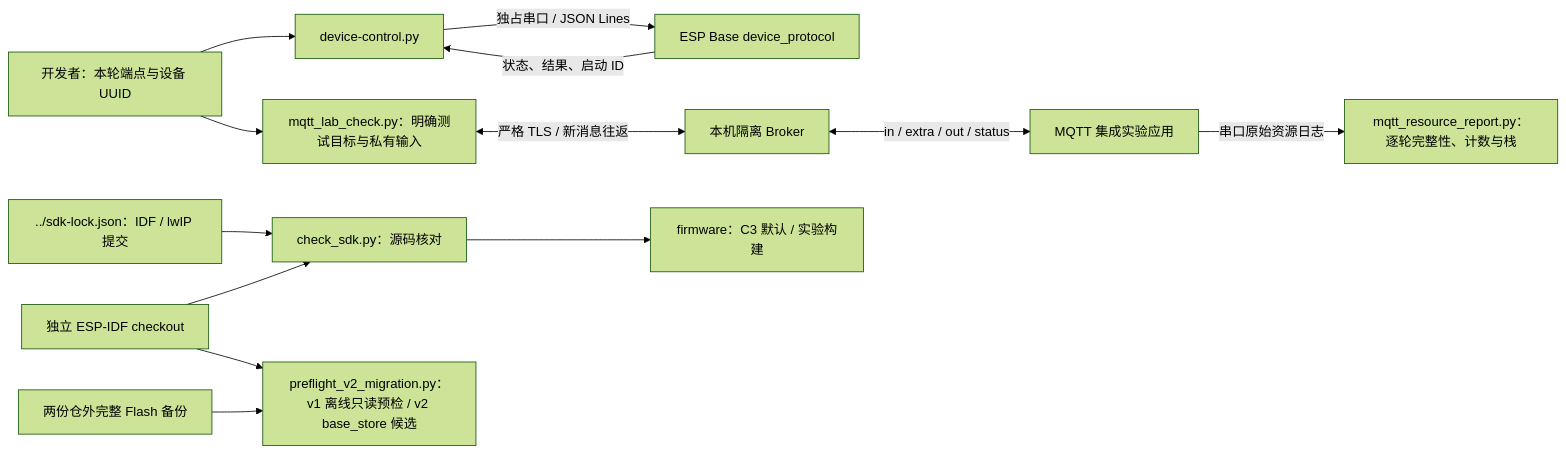
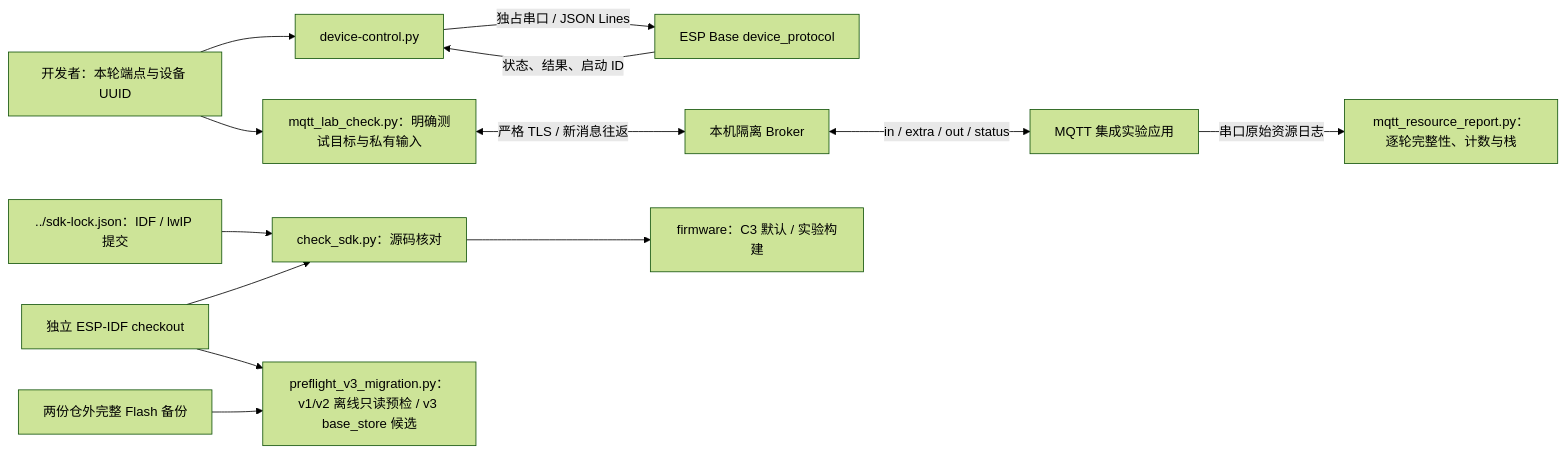
The diagram in tools/README.md (darren-you/esp-base), drawn with Mermaid (forest theme) before and after one commit. The commit also changed other lines of this file and 31 other files, not shown here.

````diff
--- a/tools/README.md
+++ b/tools/README.md
@@ -7,15 +7,15 @@
 ```mermaid
 flowchart LR
     user["开发者：本轮端点与设备 UUID"] --> cli["device-control.py"]
     cli -->|"独占串口 / JSON Lines"| firmware["ESP Base device_protocol"]
     firmware -->|"状态、结果、启动 ID"| cli
     user --> checker["mqtt_lab_check.py：明确测试目标与私有输入"]
     checker <-->|"严格 TLS / 新消息往返"| broker["本机隔离 Broker"]
     broker <-->|"in / extra / out / status"| lab["MQTT 集成实验应用"]
     lab -->|"串口原始资源日志"| report["mqtt_resource_report.py：逐轮完整性、计数与栈"]
     sdk_lock["../sdk-lock.json：IDF / lwIP 提交"] --> sdk_check["check_sdk.py：源码核对"]
     idf["独立 ESP-IDF checkout"] --> sdk_check
     sdk_check --> build["firmware：C3 默认 / 实验构建"]
-    backup["两份仓外完整 Flash 备份"] --> preflight["preflight_v2_migration.py：v1 离线只读预检 / v2 base_store 候选"]
+    backup["两份仓外完整 Flash 备份"] --> preflight["preflight_v3_migration.py：v1/v2 离线只读预检 / v3 base_store 候选"]
     idf --> preflight
 ```
````
